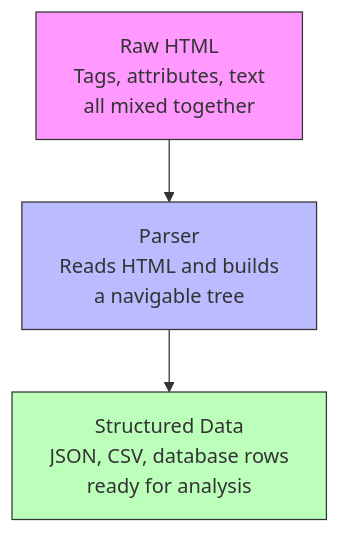
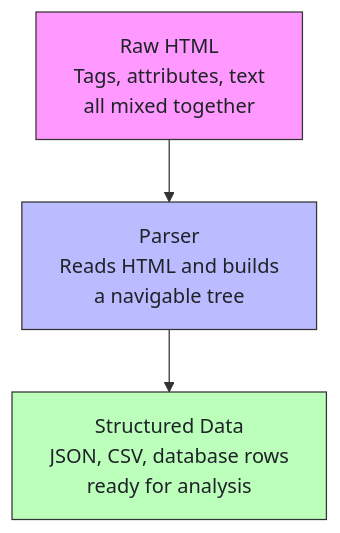
Before and after one commit to bytetunnels/bytetunnels.github.com: the first of 3 diagrams in _posts/2026-02-04-what-is-web-parsing-turning-raw-html-into-usable-data.md, drawn with Mermaid. The commit also changed other lines of this file and 118 other files, not shown here.

Commit message:
feat: improve diagram styling and compact wide flowcharts

````diff
--- a/_posts/2026-02-04-what-is-web-parsing-turning-raw-html-into-usable-data.md
+++ b/_posts/2026-02-04-what-is-web-parsing-turning-raw-html-into-usable-data.md
@@ -21,8 +21,8 @@
 ```mermaid
 graph TD
     A["Raw HTML<br>Tags, attributes, text<br>all mixed together"] --> B["Parser<br>Reads HTML and builds<br>a navigable tree"]
     B --> C["Structured Data<br>JSON, CSV, database rows<br>ready for analysis"]
-    style A fill:#f9f,stroke:#333
-    style B fill:#bbf,stroke:#333
-    style C fill:#bfb,stroke:#333
+    style A fill:#f9f,stroke:#333,color:#1f2328
+    style B fill:#bbf,stroke:#333,color:#1f2328
+    style C fill:#bfb,stroke:#333,color:#1f2328
 ```
````
